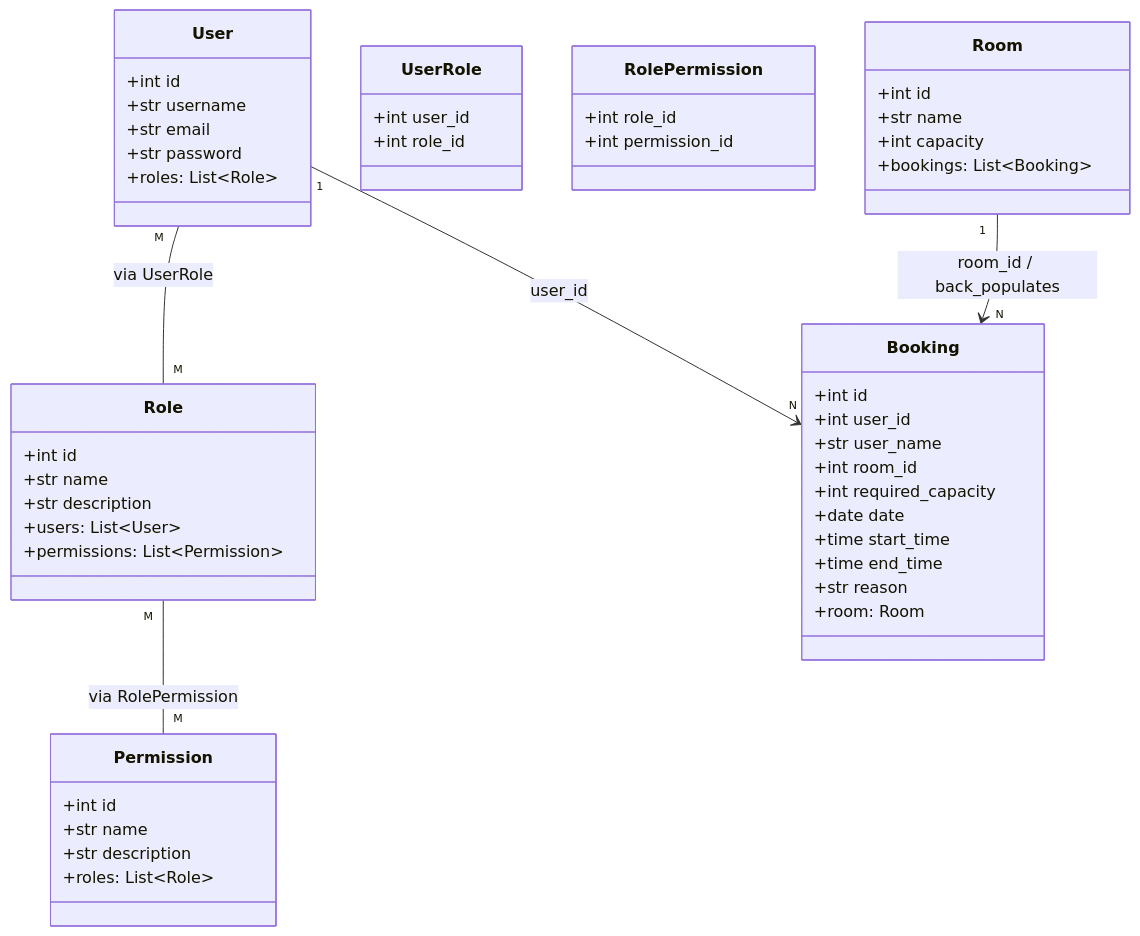
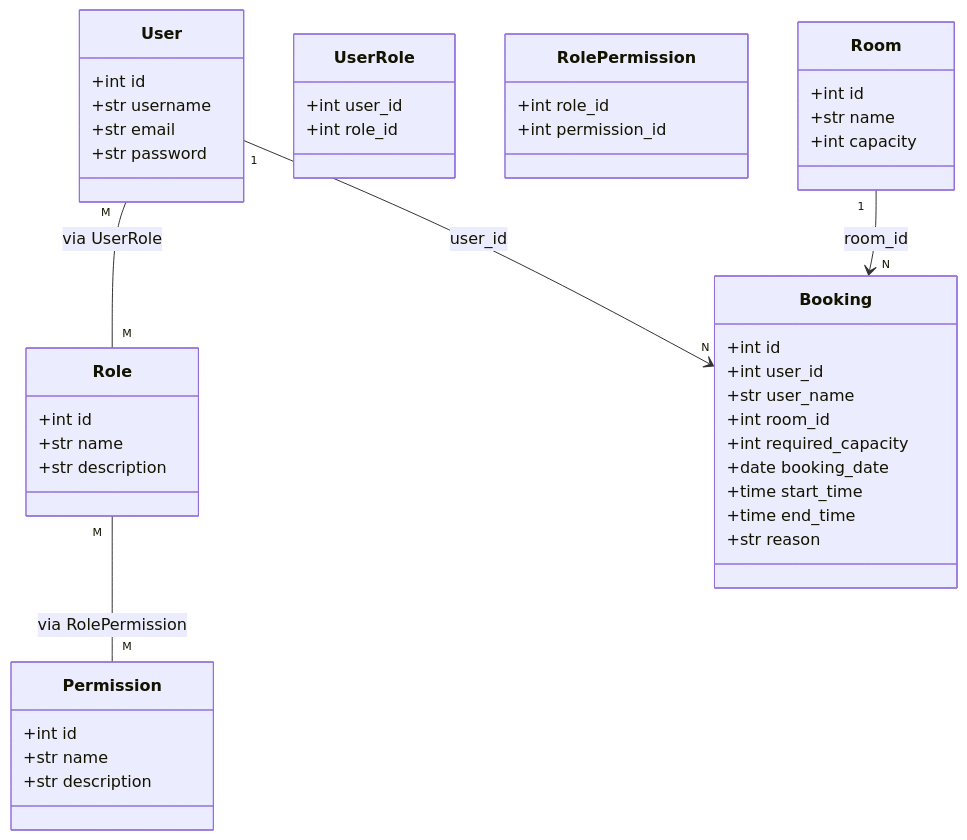
Before and after one commit to gnanavi030/booking-system: the ninth of 17 diagrams in Readme.md, drawn with Mermaid. The commit also changed other lines of this file, not shown here.

````diff
--- a/Readme.md
+++ b/Readme.md
@@ -443,54 +443,48 @@
 ```mermaid
 classDiagram
     class User {
         +int id
         +str username
         +str email
         +str password
-        +roles: List~Role~
     }
     class Role {
         +int id
         +str name
         +str description
-        +users: List~User~
-        +permissions: List~Permission~
     }
     class Permission {
         +int id
         +str name
         +str description
-        +roles: List~Role~
     }
     class UserRole {
         +int user_id
         +int role_id
     }
     class RolePermission {
         +int role_id
         +int permission_id
     }
     class Room {
         +int id
         +str name
         +int capacity
-        +bookings: List~Booking~
     }
     class Booking {
         +int id
         +int user_id
         +str user_name
         +int room_id
         +int required_capacity
-        +date date
+        +date booking_date
         +time start_time
         +time end_time
         +str reason
-        +room: Room
     }
 
     User "M" -- "M" Role : via UserRole
     Role "M" -- "M" Permission : via RolePermission
     User "1" --> "N" Booking : user_id
-    Room "1" --> "N" Booking : room_id / back_populates
+    Room "1" --> "N" Booking : room_id
 ```
````
